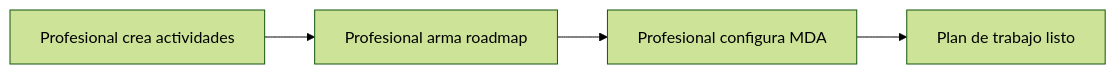
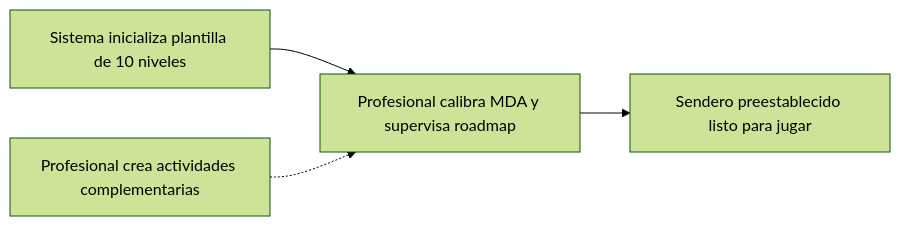
The fifth of 6 diagrams in InclusiON.Documents/Process/00-mapa-global-procesos.md (Sacha-html/InclusiON), drawn with Mermaid (forest theme) before and after one commit. The commit also changed other lines of this file and 7 other files, not shown here.

Commit message:
docs: alinear especificacion de roadmap canonico DUA (10 niveles), alerta pedagogica sin bloqueo y actualizar DER a espanol

````diff
--- a/InclusiON.Documents/Process/00-mapa-global-procesos.md
+++ b/InclusiON.Documents/Process/00-mapa-global-procesos.md
@@ -163,6 +163,6 @@
 ```mermaid
 flowchart LR
-    F3A[Profesional crea actividades] --> F3B[Profesional arma roadmap]
-    F3B --> F3C[Profesional configura MDA]
-    F3C --> PLAN[Plan de trabajo listo]
+    F3A[Sistema inicializa plantilla de 10 niveles] --> F3B[Profesional calibra MDA y supervisa roadmap]
+    F3C[Profesional crea actividades complementarias] -.-> F3B
+    F3B --> PLAN[Sendero preestablecido listo para jugar]
 ```
````
